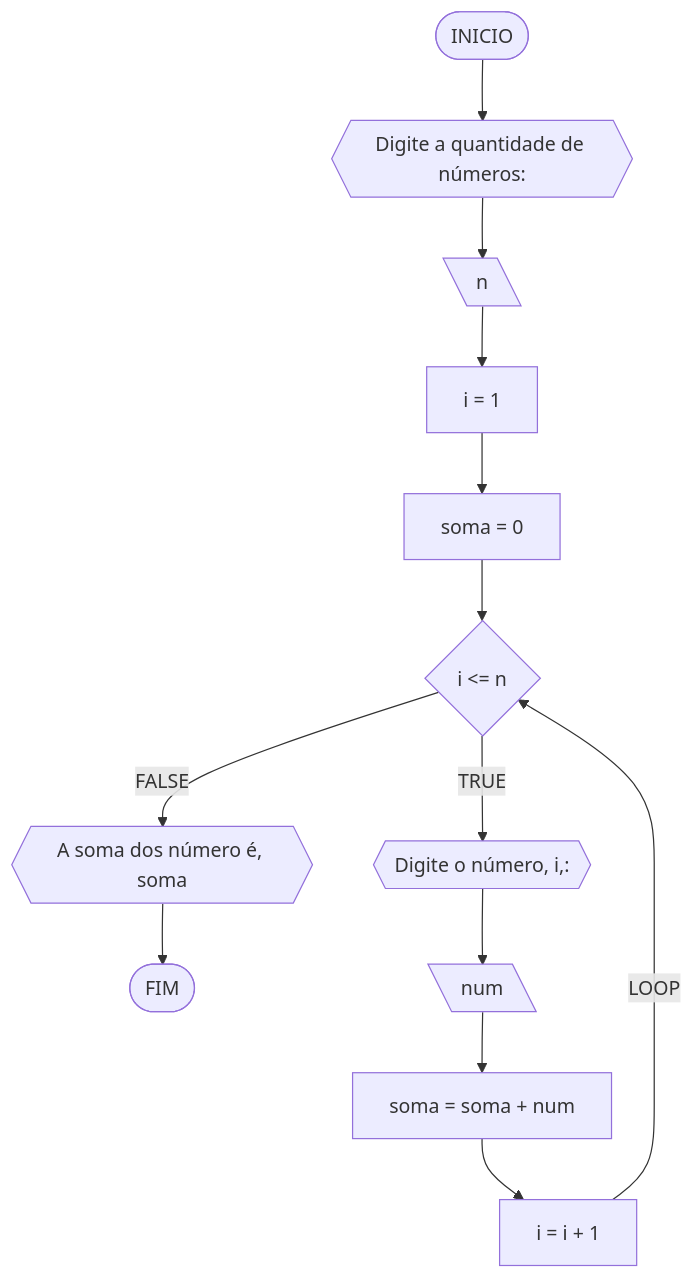
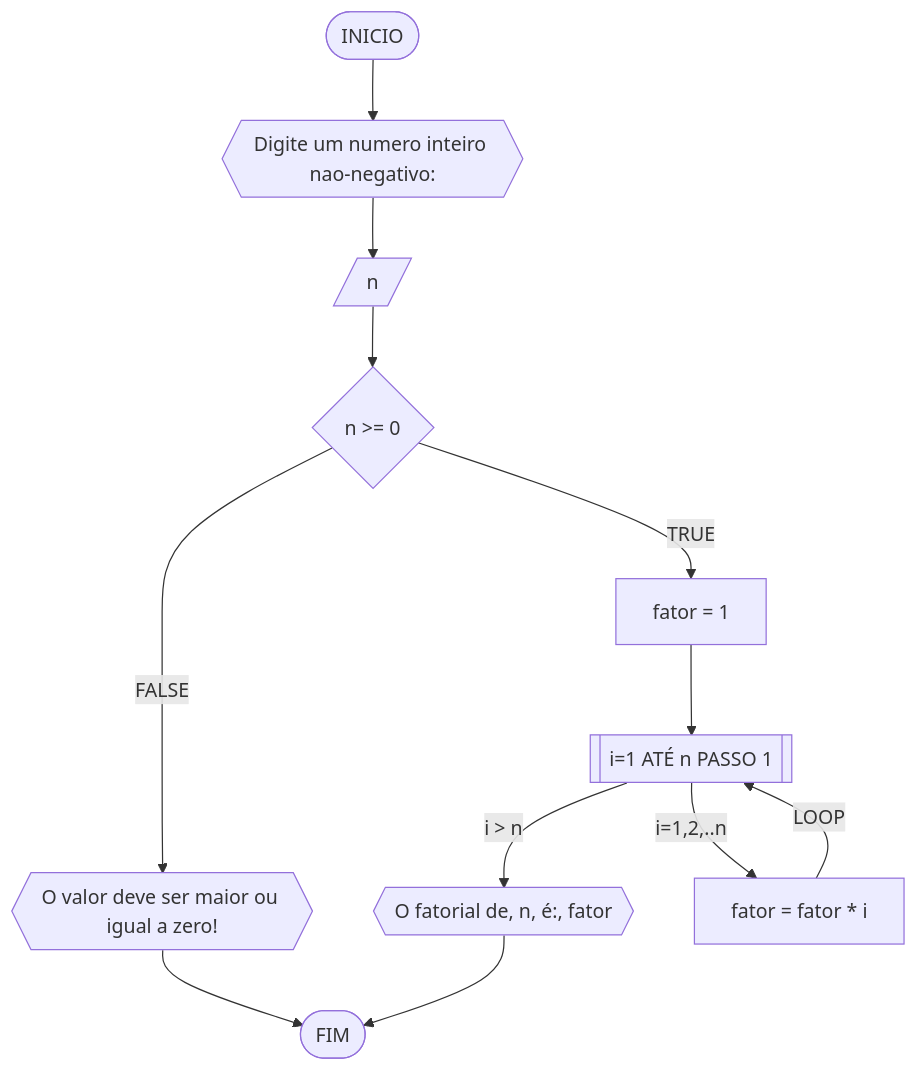
One commit to lucastudart/unifor changed the sixth of 8 diagrams in RLA/AD1.MD. Above: the diagram before and after it, drawn with Mermaid. The commit also changed other lines of this file, not shown here.

````diff
--- a/RLA/AD1.MD
+++ b/RLA/AD1.MD
@@ -267,15 +392,14 @@
 ```mermaid
 flowchart TD
-A([INICIO]) --> B{{"Digite a quantidade de números:"}}
-B --> C[\n\]
-C --> D[i = 1]
-D --> E[soma = 0]
-E --> F{i <= n}
-F --FALSE--> G{{A soma dos número é, soma}}
-G --> L([FIM])
-F --TRUE--> H{{Digite o número, i,:}}
-H --> I[\num\]
-I --> J[soma = soma + num]
-J --> K[i = i + 1]
-K --LOOP--> F
+A([INICIO]) --> B{{"Digite um numero inteiro nao-negativo:"}}
+B --> C[/n/]
+C --> D{n >= 0}
+D --TRUE--> E[fator = 1]
+D --FALSE--> J{{"O valor deve ser maior ou igual a zero!"}}
+J --> I([FIM])
+E --> F[[i=1 ATÉ n PASSO 1]]
+F --"i > n"--> H{{O fatorial de, n, é:, fator}}
+F --"i=1,2,..n"--> G[fator = fator * i]
+G --LOOP--> F
+H --> I
 ```
````
